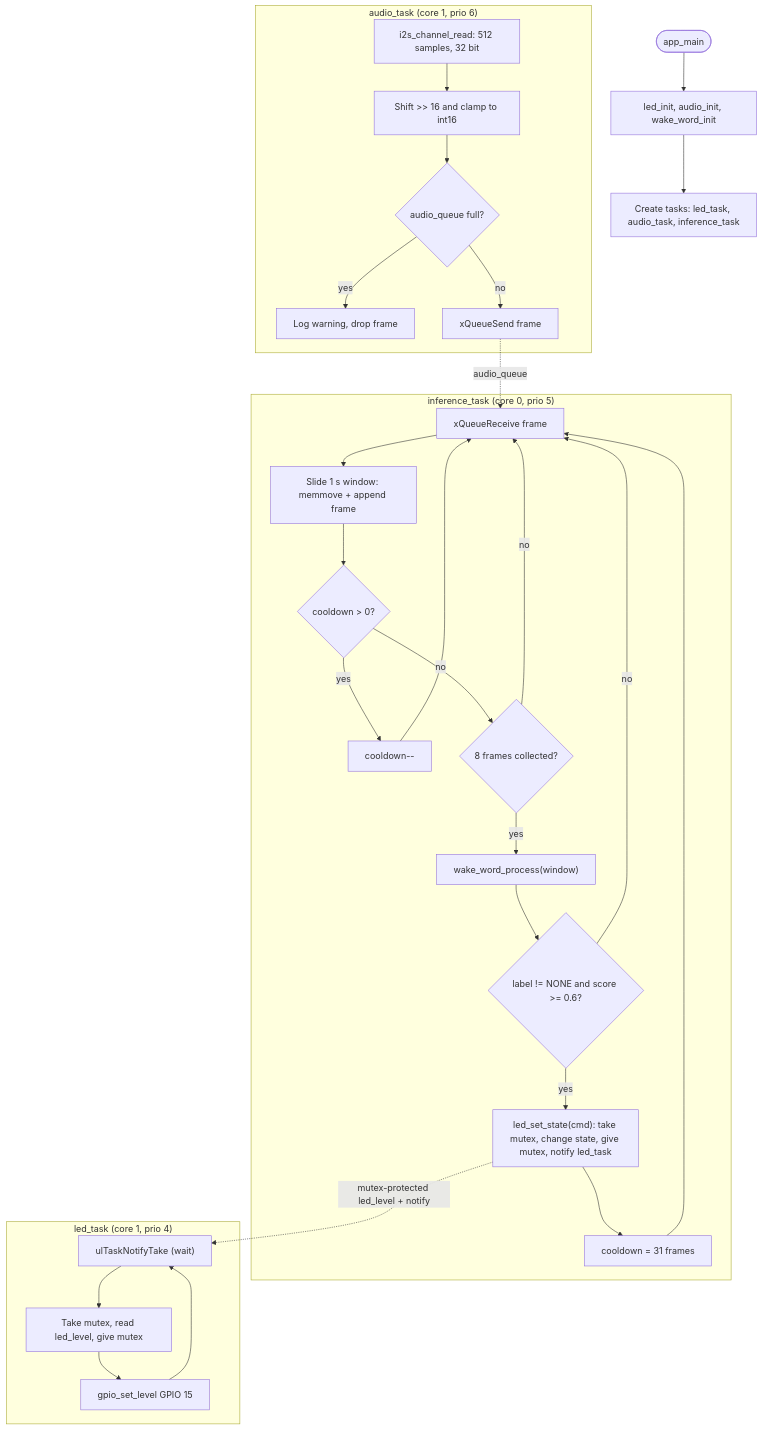
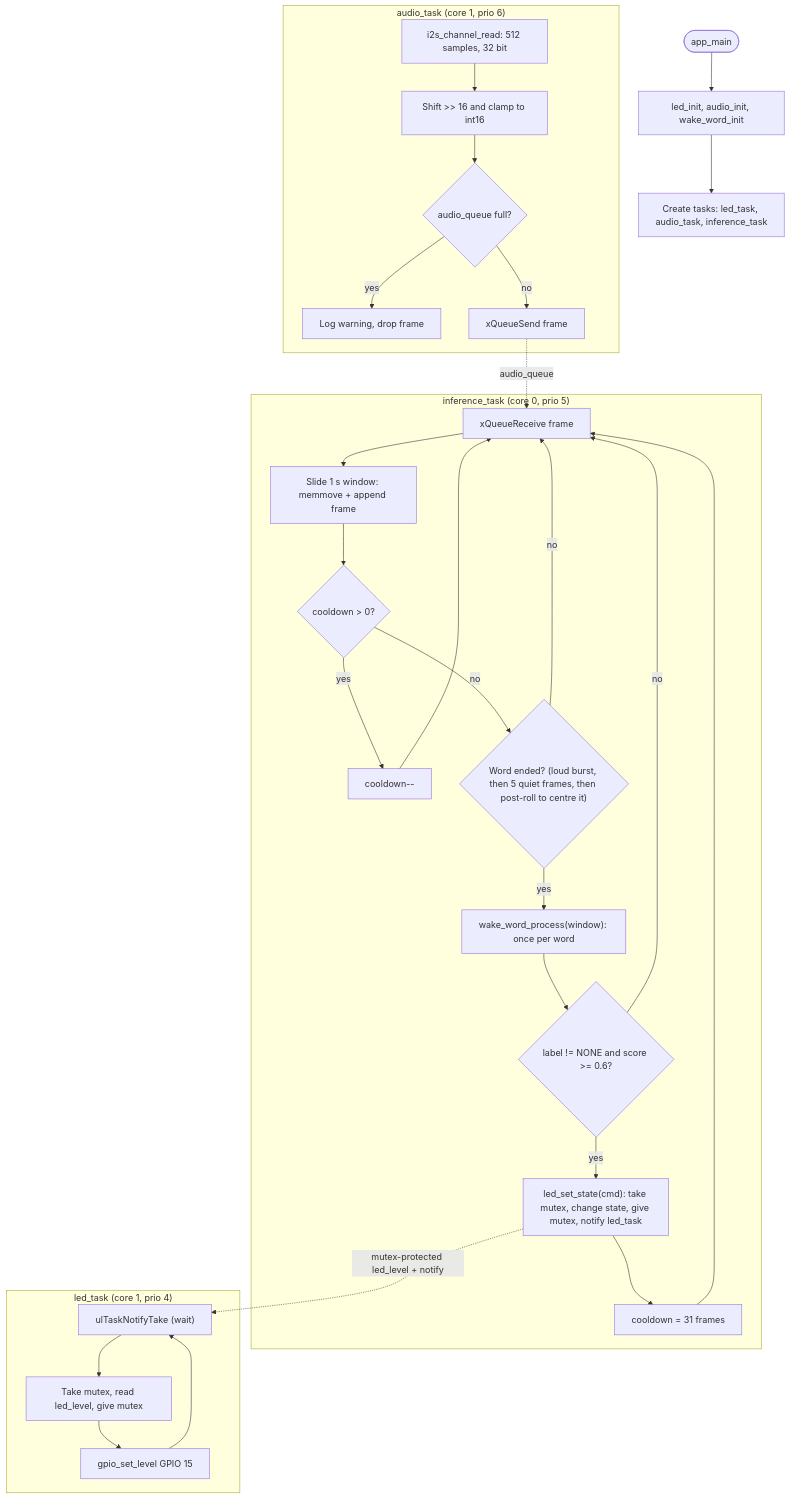
The second of 2 diagrams in README.md (annapoltavets/wake-word), drawn with Mermaid before and after one commit. The commit also changed other lines of this file and 12 other files, not shown here.

````diff
--- a/README.md
+++ b/README.md
@@ -58,34 +58,34 @@
 ```mermaid
 flowchart TD
     A([app_main]) --> B["led_init, audio_init, wake_word_init"]
     B --> C["Create tasks: led_task, audio_task, inference_task"]
 
     subgraph AT["audio_task (core 1, prio 6)"]
         D["i2s_channel_read: 512 samples, 32 bit"] --> E["Shift >> 16 and clamp to int16"]
         E --> F{"audio_queue full?"}
         F -- yes --> G["Log warning, drop frame"]
         F -- no --> H["xQueueSend frame"]
     end
 
     subgraph IT["inference_task (core 0, prio 5)"]
         I["xQueueReceive frame"] --> J["Slide 1 s window: memmove + append frame"]
         J --> K{"cooldown > 0?"}
         K -- yes --> L["cooldown--"] --> I
-        K -- no --> M{"8 frames collected?"}
+        K -- no --> M{"Word ended? (loud burst, then 5 quiet frames, then post-roll to centre it)"}
         M -- no --> I
-        M -- yes --> N["wake_word_process(window)"]
+        M -- yes --> N["wake_word_process(window): once per word"]
         N --> O{"label != NONE and score >= 0.6?"}
         O -- no --> I
         O -- yes --> P["led_set_state(cmd): take mutex, change state, give mutex, notify led_task"]
         P --> Q["cooldown = 31 frames"] --> I
     end
 
     subgraph LT["led_task (core 1, prio 4)"]
         R1["ulTaskNotifyTake (wait)"] --> S["Take mutex, read led_level, give mutex"]
         S --> W["gpio_set_level GPIO 15"]
         W --> R1
     end
 
     H -. audio_queue .-> I
     P -. "mutex-protected led_level + notify" .-> R1
 ```
````
